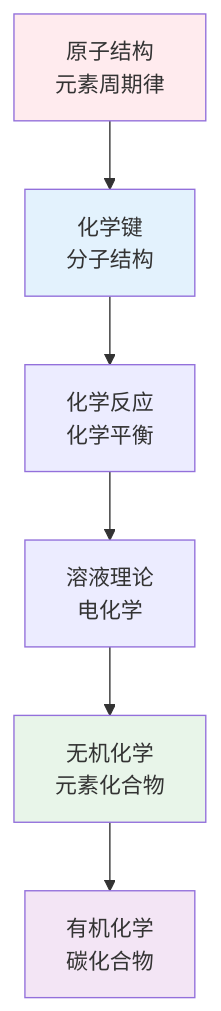
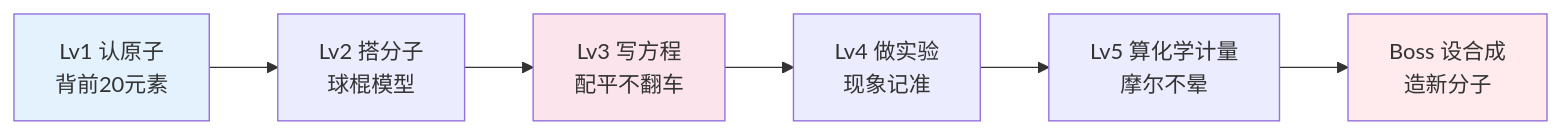
Before and after one commit to wxyClark/wxyClark.github.io: the eighth of 8 diagrams in content/natural-sciences/chemistry/index.md, drawn with Mermaid. The commit also changed other lines of this file and 11 other files, not shown here.

````diff
--- a/content/natural-sciences/chemistry/index.md
+++ b/content/natural-sciences/chemistry/index.md
@@ -273,13 +210,12 @@
 ```mermaid
-flowchart TD
-    A[原子结构<br/>元素周期律] --> B[化学键<br/>分子结构]
-    B --> C[化学反应<br/>化学平衡]
-    C --> D[溶液理论<br/>电化学]
-    D --> E[无机化学<br/>元素化合物]
-    E --> F[有机化学<br/>碳化合物]
+flowchart LR
+    C1[Lv1 认原子<br/>背前20元素] --> C2[Lv2 搭分子<br/>球棍模型] 
+    C2 --> C3[Lv3 写方程<br/>配平不翻车] 
+    C3 --> C4[Lv4 做实验<br/>现象记准] 
+    C4 --> C5[Lv5 算化学计量<br/>摩尔不晕] 
+    C5 --> C6[Boss 设合成<br/>造新分子] 
     
-    style A fill:#ffebee
-    style B fill:#e3f2fd
-    style E fill:#e8f5e9
-    style F fill:#f3e5f5
+    style C1 fill:#e3f2fd
+    style C3 fill:#fce4ec
+    style C6 fill:#ffebee
 ```
````
